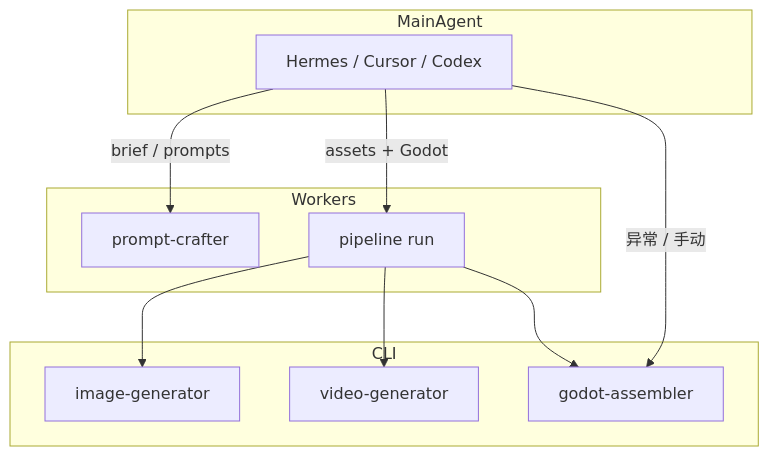
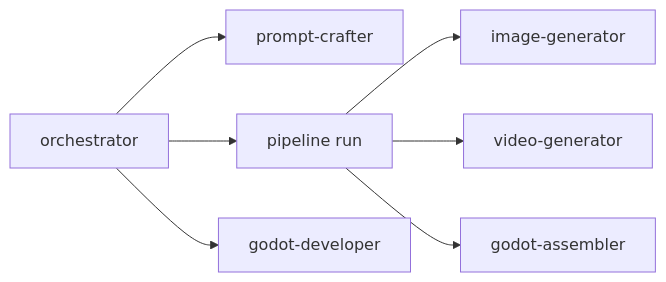
The diagram in docs/AGENT-ROUTING.md (ccl6075316-afk/game-ai-foundry), drawn with Mermaid before and after one commit. The commit also changed other lines of this file and 41 other files, not shown here.

````diff
--- a/docs/AGENT-ROUTING.md
+++ b/docs/AGENT-ROUTING.md
@@ -60,21 +49,9 @@
 ```mermaid
-flowchart TB
-    subgraph main [MainAgent]
-        Hermes[Hermes / Cursor / Codex]
-    end
-    subgraph workers [Workers]
-        PC[prompt-crafter]
-        PR[pipeline run]
-    end
-    subgraph cli [CLI]
-        IG[image-generator]
-        VG[video-generator]
-        GA[godot-assembler]
-    end
-    Hermes -->|brief / prompts| PC
-    Hermes -->|assets + Godot| PR
-    PR --> IG
-    PR --> VG
-    PR --> GA
-    Hermes -->|异常 / 手动| GA
+flowchart LR
+    O[orchestrator] --> PC[prompt-crafter]
+    O --> PR[pipeline run]
+    PR --> IG[image-generator]
+    PR --> VG[video-generator]
+    PR --> GA[godot-assembler]
+    O --> GD[godot-developer]
 ```
````
